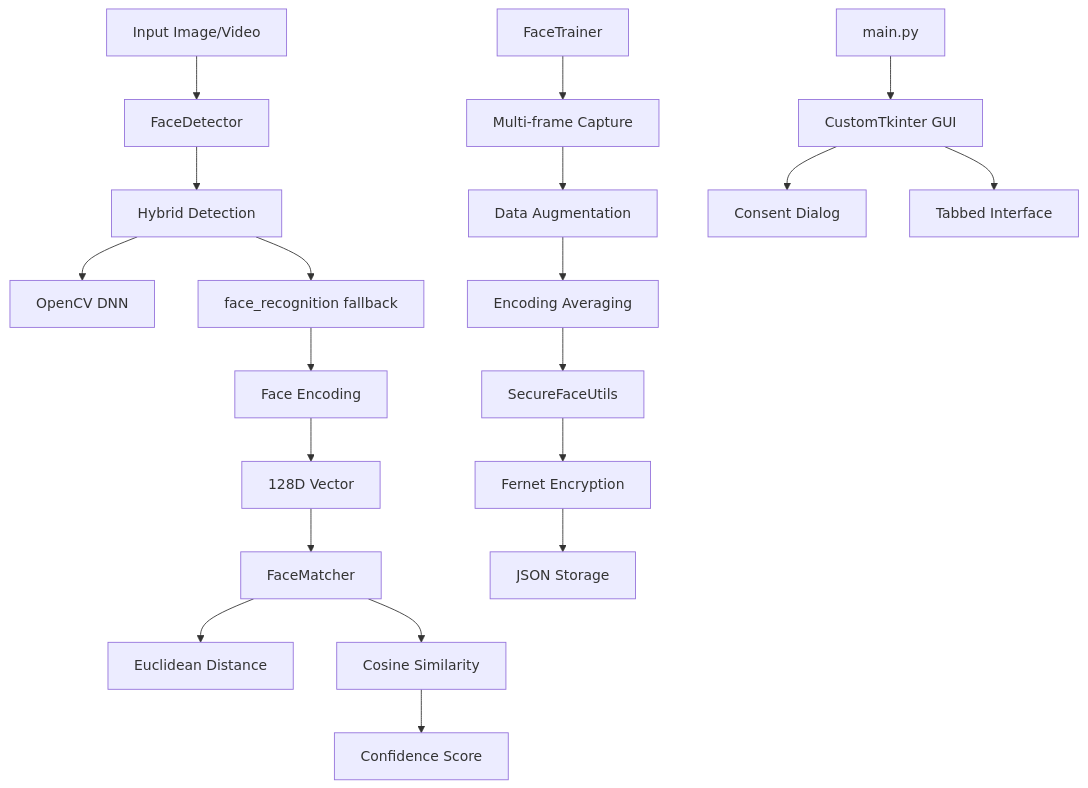
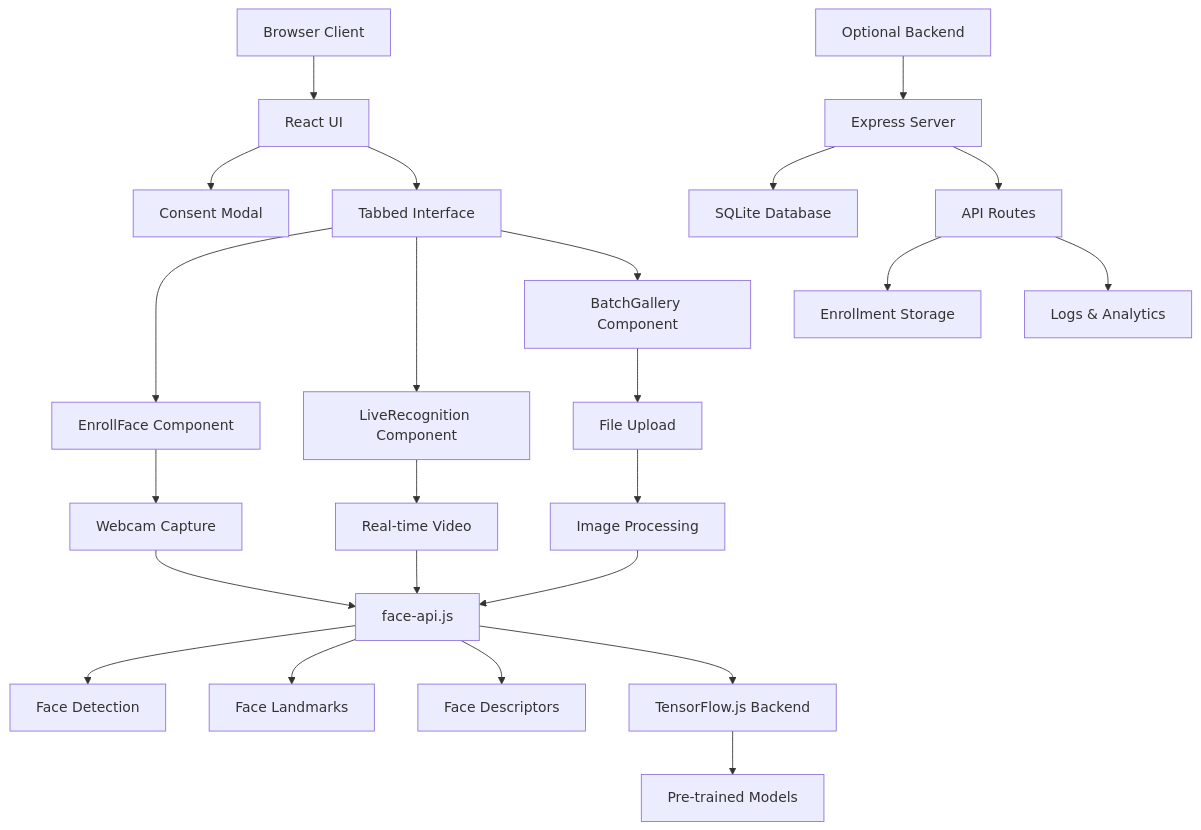
The diagram in README.md (727aps/RecogFace), drawn with Mermaid before and after one commit. The commit also changed other lines of this file and 12 other files, not shown here.

````diff
--- a/README.md
+++ b/README.md
@@ -19,24 +25,32 @@
 ```mermaid
 graph TD
-    A[Input Image/Video] --> B[FaceDetector]
-    B --> C[Hybrid Detection]
-    C --> D[OpenCV DNN]
-    C --> E[face_recognition fallback]
-    E --> F[Face Encoding]
-    F --> G[128D Vector]
-    G --> H[FaceMatcher]
-    H --> I[Euclidean Distance]
-    H --> J[Cosine Similarity]
-    J --> K[Confidence Score]
+    A[Browser Client] --> B[React UI]
+    B --> C[Consent Modal]
+    B --> D[Tabbed Interface]
 
-    L[FaceTrainer] --> M[Multi-frame Capture]
-    M --> N[Data Augmentation]
-    N --> O[Encoding Averaging]
-    O --> P[SecureFaceUtils]
-    P --> Q[Fernet Encryption]
-    Q --> R[JSON Storage]
+    D --> E[EnrollFace Component]
+    D --> F[LiveRecognition Component]
+    D --> G[BatchGallery Component]
 
-    S[main.py] --> T[CustomTkinter GUI]
-    T --> U[Consent Dialog]
-    T --> V[Tabbed Interface]
+    E --> H[Webcam Capture]
+    H --> I[face-api.js]
+    I --> J[Face Detection]
+    I --> K[Face Landmarks]
+    I --> L[Face Descriptors]
+
+    F --> M[Real-time Video]
+    M --> I
+
+    G --> N[File Upload]
+    N --> O[Image Processing]
+    O --> I
+
+    I --> P[TensorFlow.js Backend]
+    P --> Q[Pre-trained Models]
+
+    R[Optional Backend] --> S[Express Server]
+    S --> T[SQLite Database]
+    S --> U[API Routes]
+    U --> V[Enrollment Storage]
+    U --> W[Logs & Analytics]
 ```
````
